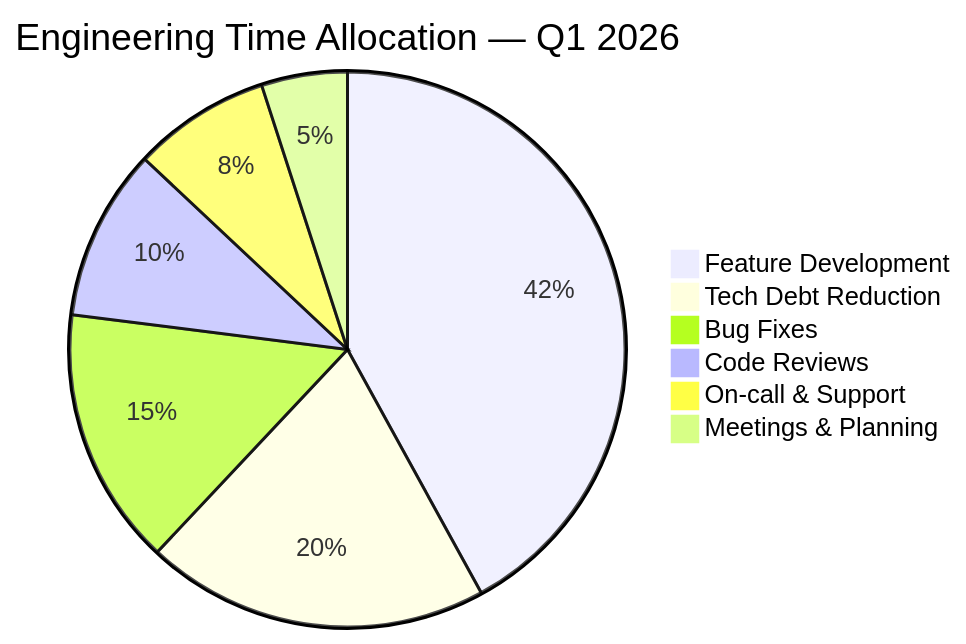
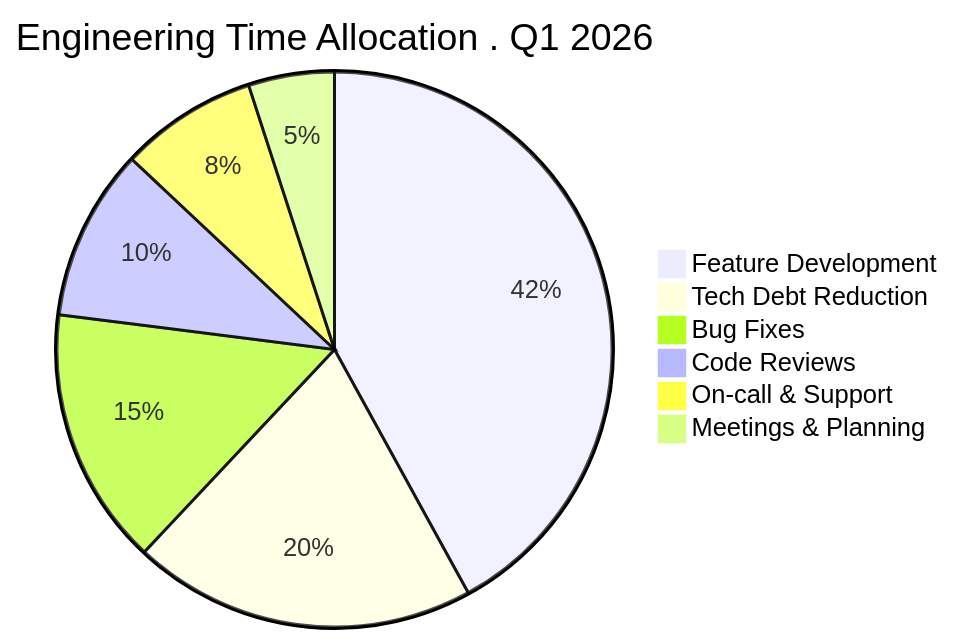
One commit to rtmendes/pm-skills changed the eighth of 15 diagrams in skills/utility-mermaid-diagrams/references/pm-use-cases.md. Above: the diagram before and after it, drawn with Mermaid. The commit also changed other lines of this file and 482 other files, not shown here.

````diff
--- a/skills/utility-mermaid-diagrams/references/pm-use-cases.md
+++ b/skills/utility-mermaid-diagrams/references/pm-use-cases.md
@@ -269,9 +269,9 @@
 ```mermaid
-pie title Engineering Time Allocation — Q1 2026
+pie title Engineering Time Allocation . Q1 2026
     "Feature Development" : 42
     "Tech Debt Reduction" : 20
     "Bug Fixes" : 15
     "Code Reviews" : 10
     "On-call & Support" : 8
     "Meetings & Planning" : 5
 ```
````
